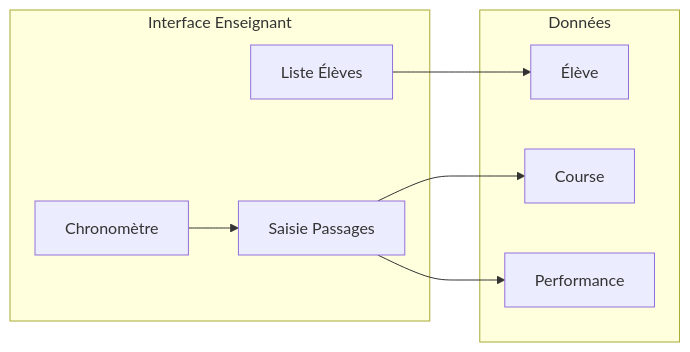
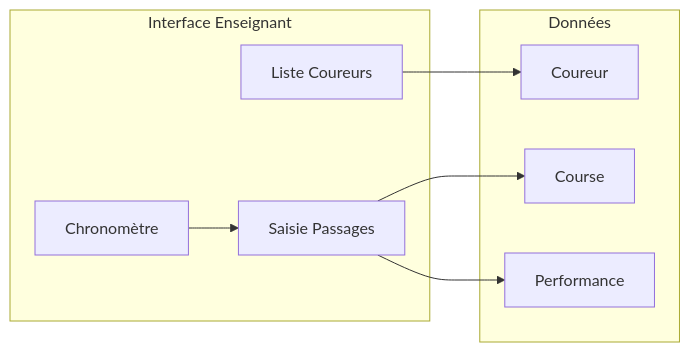
Before and after one commit to plamarque/chrono-eps: the diagram in docs/ARCH.md, drawn with Mermaid. The commit also changed other lines of this file and 31 other files, not shown here.

First line of the commit message:
refactor: élève → coureur (UI) / runner (code)

````diff
--- a/docs/ARCH.md
+++ b/docs/ARCH.md
@@ -9,19 +9,19 @@
 ```mermaid
 flowchart LR
     subgraph UI [Interface Enseignant]
         Chrono[Chronomètre]
-        Liste[Liste Élèves]
+        Liste[Liste Coureurs]
         Passage[Saisie Passages]
     end
     
     subgraph Data [Données]
         Course[Course]
-        Eleve[Élève]
+        Coureur[Coureur]
         Perf[Performance]
     end
     
     Chrono --> Passage
-    Liste --> Eleve
+    Liste --> Coureur
     Passage --> Course
     Passage --> Perf
 ```
````
